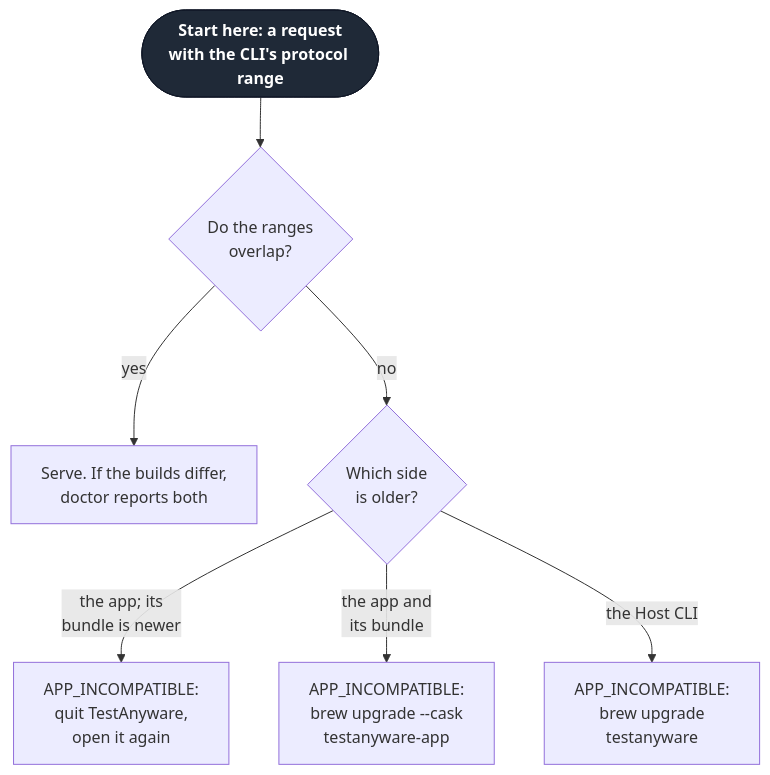
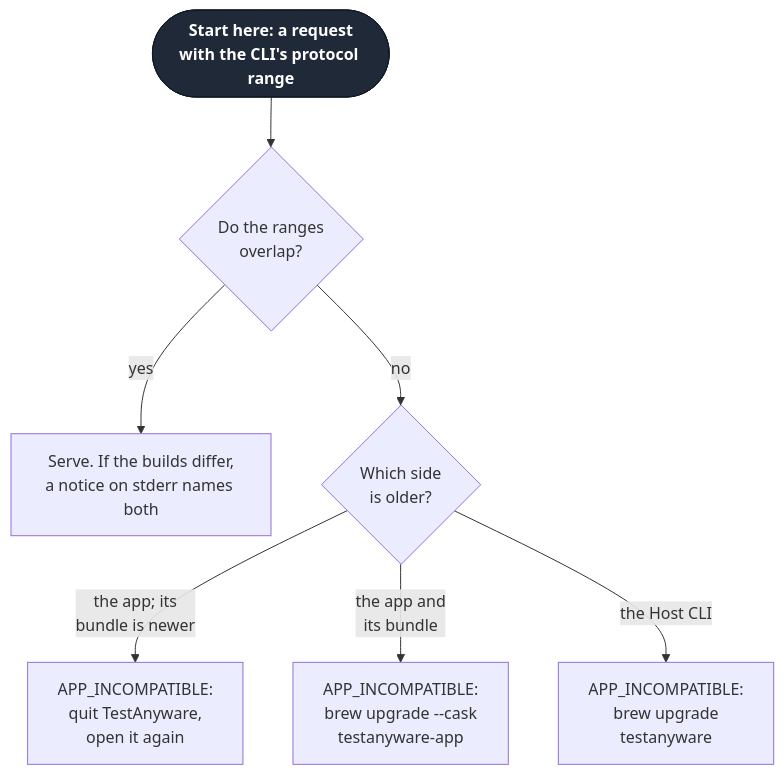
Before and after one commit to Linkuistics/TestAnyware: the seventh of 9 diagrams in docs/specs/testanyware-app.md, drawn with Mermaid. The commit also changed other lines of this file and 10 other files, not shown here.

````diff
--- a/docs/specs/testanyware-app.md
+++ b/docs/specs/testanyware-app.md
@@ -378,10 +444,10 @@
 ```mermaid
 flowchart TD
   s(["Start here: a request<br/>with the CLI's protocol range"]):::start --> o{"Do the ranges<br/>overlap?"}
-  o -- "yes" --> ok["Serve. If the builds differ,<br/>doctor reports both"]
+  o -- "yes" --> ok["Serve. If the builds differ,<br/>a notice on stderr names both"]
   o -- "no" --> who{"Which side<br/>is older?"}
   who -- "the app; its<br/>bundle is newer" --> r1["APP_INCOMPATIBLE:<br/>quit TestAnyware,<br/>open it again"]
   who -- "the app and<br/>its bundle" --> r2["APP_INCOMPATIBLE:<br/>brew upgrade --cask<br/>testanyware-app"]
   who -- "the Host CLI" --> r3["APP_INCOMPATIBLE:<br/>brew upgrade<br/>testanyware"]
   classDef start fill:#1f2937,stroke:#111827,color:#ffffff,font-weight:bold
 ```
````
